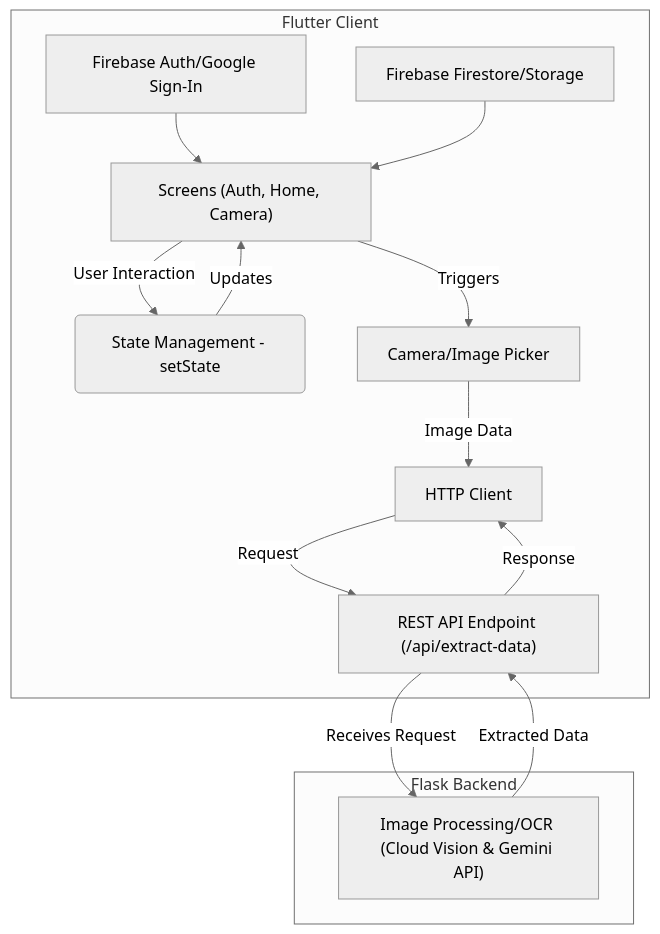
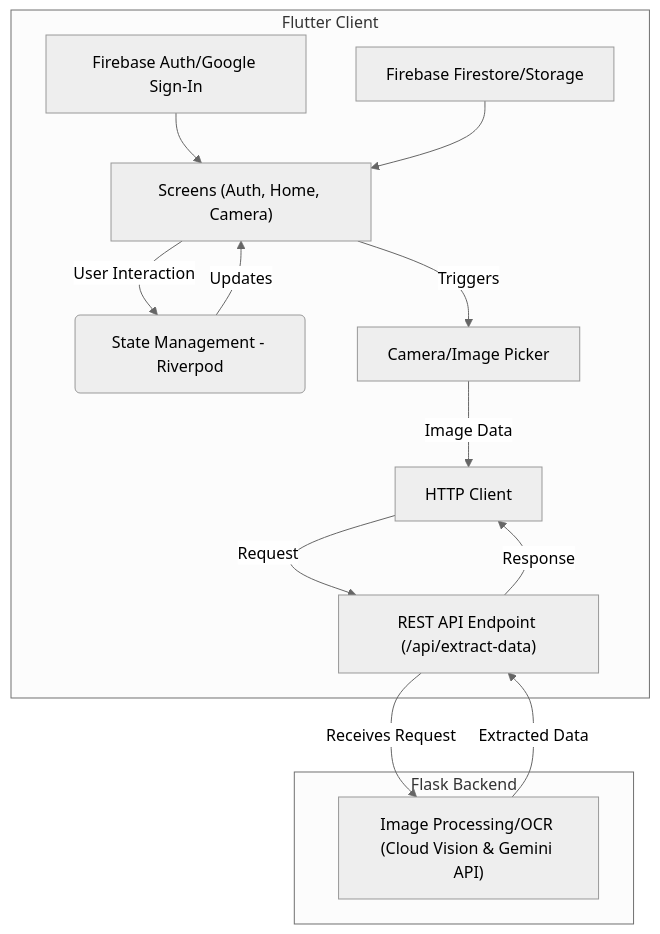
Before and after one commit to anthonycoffey/coffey.codes: the diagram in app/articles/posts/vibe-coding-building-an-app-entirely-with-ai-prompts.mdx, drawn with Mermaid. The commit also changed other lines of this file and 4 other files, not shown here.

````diff
--- a/app/articles/posts/vibe-coding-building-an-app-entirely-with-ai-prompts.mdx
+++ b/app/articles/posts/vibe-coding-building-an-app-entirely-with-ai-prompts.mdx
@@ -124,23 +39,23 @@
 ```mermaid
 ---
 config:
   theme: neutral
 ---
 graph TD
     subgraph Flutter Client
-        UI["Screens (Auth, Home, Camera)"] -- User Interaction --> SM(State Management - setState);
+        UI["Screens (Auth, Home, Camera)"] -- User Interaction --> SM(State Management - Riverpod);
         UI -- Triggers --> Cam[Camera/Image Picker];
         SM -- Updates --> UI;
         Cam -- Image Data --> API_Client[HTTP Client];
         API_Client -- Request --> BE;
         Auth[Firebase Auth/Google Sign-In] --> UI;
         Store[Firebase Firestore/Storage] --> UI;
     end
 
     subgraph Flask Backend
         BE["REST API Endpoint (/api/extract-data)"] -- Receives Request --> OCR["Image Processing/OCR (Cloud Vision & Gemini API)"];
         OCR -- Extracted Data --> BE;
     end
 
     BE -- Response --> API_Client;
 ```
````
